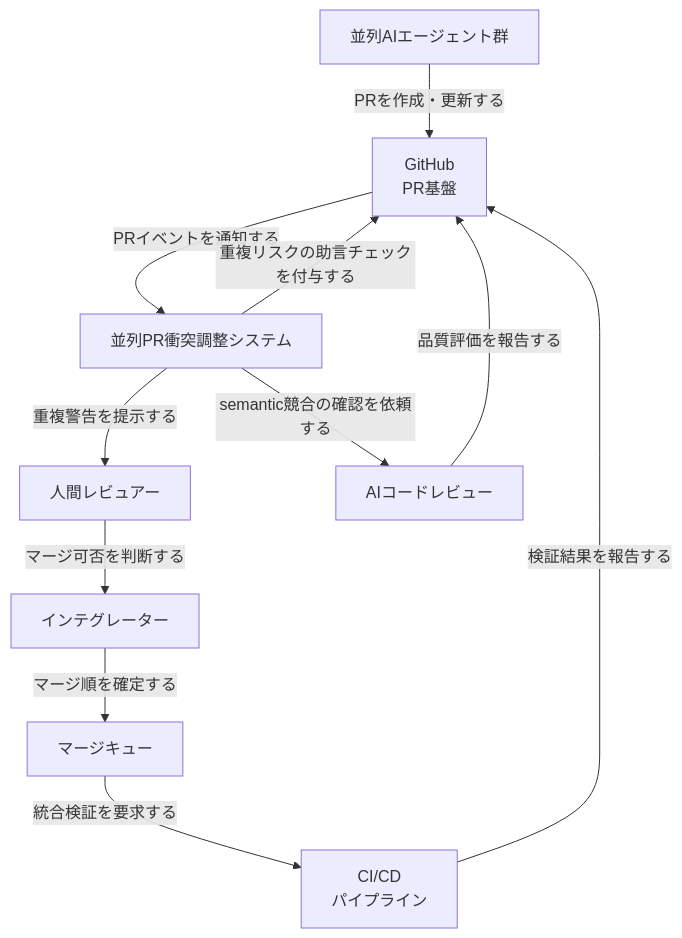
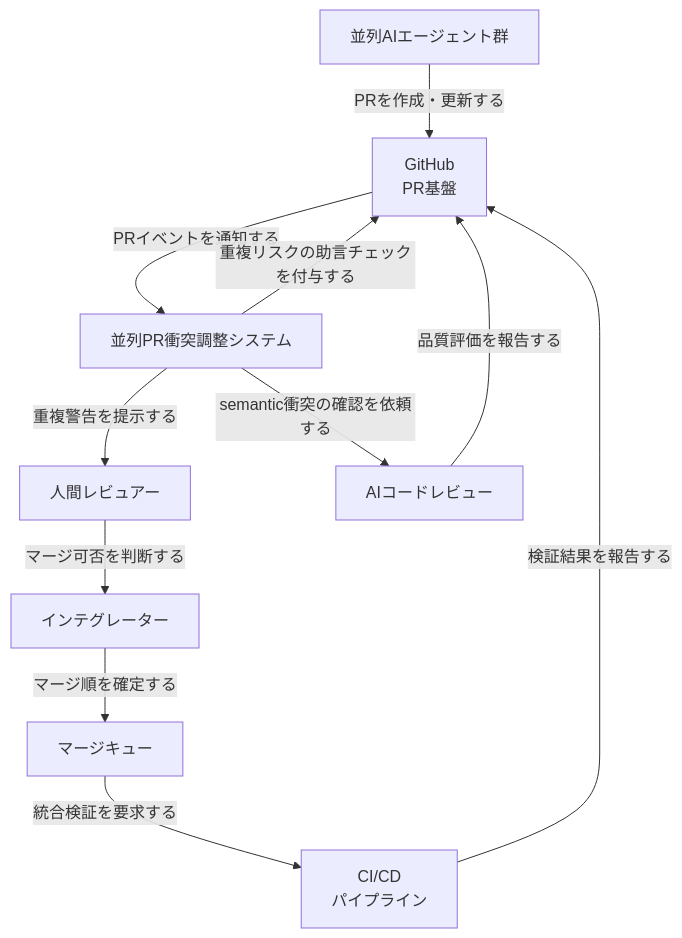
The third of 7 diagrams in articles/parallel-agent-pr-collision_20260705.md (suwa-sh/zenn-contents), drawn with Mermaid before and after one commit. The commit also changed other lines of this file and 1 other file, not shown here.

````diff
--- a/articles/parallel-agent-pr-collision_20260705.md
+++ b/articles/parallel-agent-pr-collision_20260705.md
@@ -98,21 +98,21 @@
 ```mermaid
 graph TD
   AGENTS["並列AIエージェント群"]
   REVIEWER["人間レビュアー"]
   INTEGRATOR["インテグレーター"]
   SYSTEM["並列PR衝突調整システム"]
   GITHUB["GitHub<br/>PR基盤"]
   CICD["CI/CD<br/>パイプライン"]
   MERGEQUEUE["マージキュー"]
   AIREVIEW["AIコードレビュー"]
   AGENTS -->|PRを作成・更新する| GITHUB
   GITHUB -->|PRイベントを通知する| SYSTEM
   SYSTEM -->|重複リスクの助言チェックを付与する| GITHUB
   SYSTEM -->|重複警告を提示する| REVIEWER
   AIREVIEW -->|品質評価を報告する| GITHUB
-  SYSTEM -->|semantic競合の確認を依頼する| AIREVIEW
+  SYSTEM -->|semantic衝突の確認を依頼する| AIREVIEW
   REVIEWER -->|マージ可否を判断する| INTEGRATOR
   INTEGRATOR -->|マージ順を確定する| MERGEQUEUE
   MERGEQUEUE -->|統合検証を要求する| CICD
   CICD -->|検証結果を報告する| GITHUB
 ```
````
